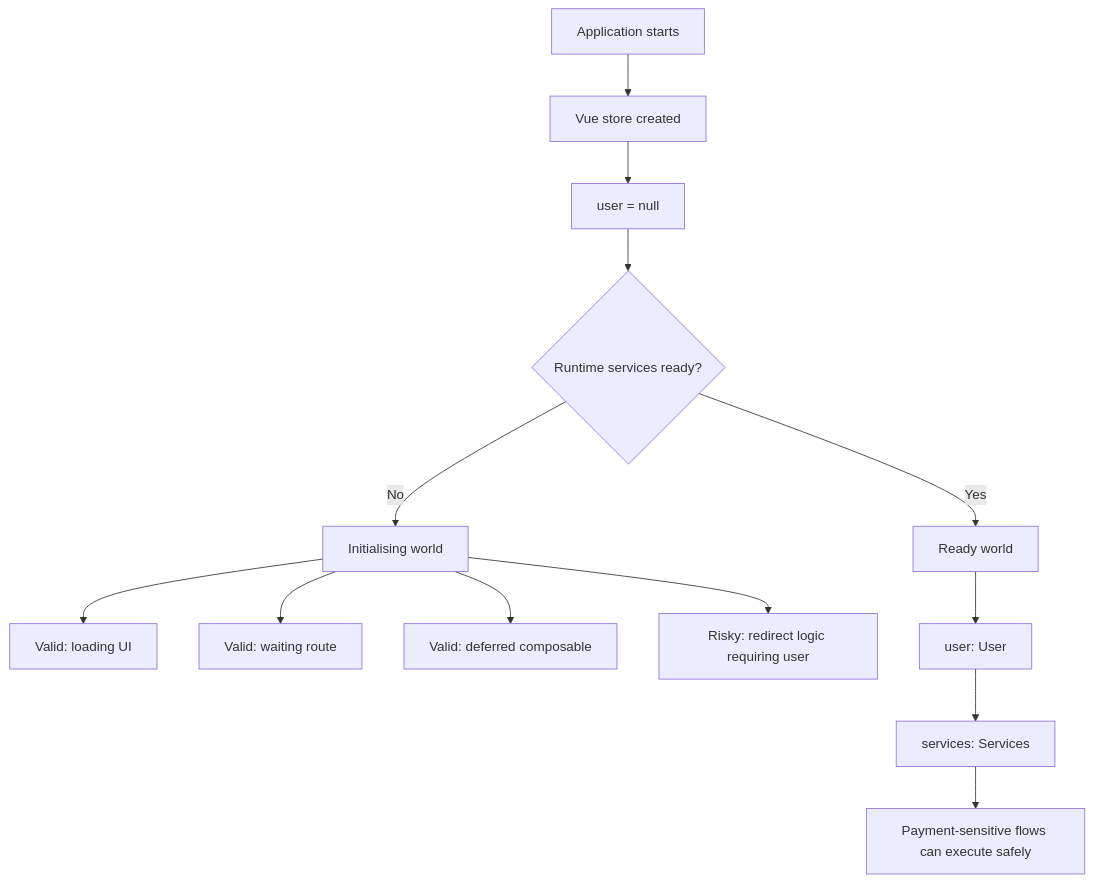
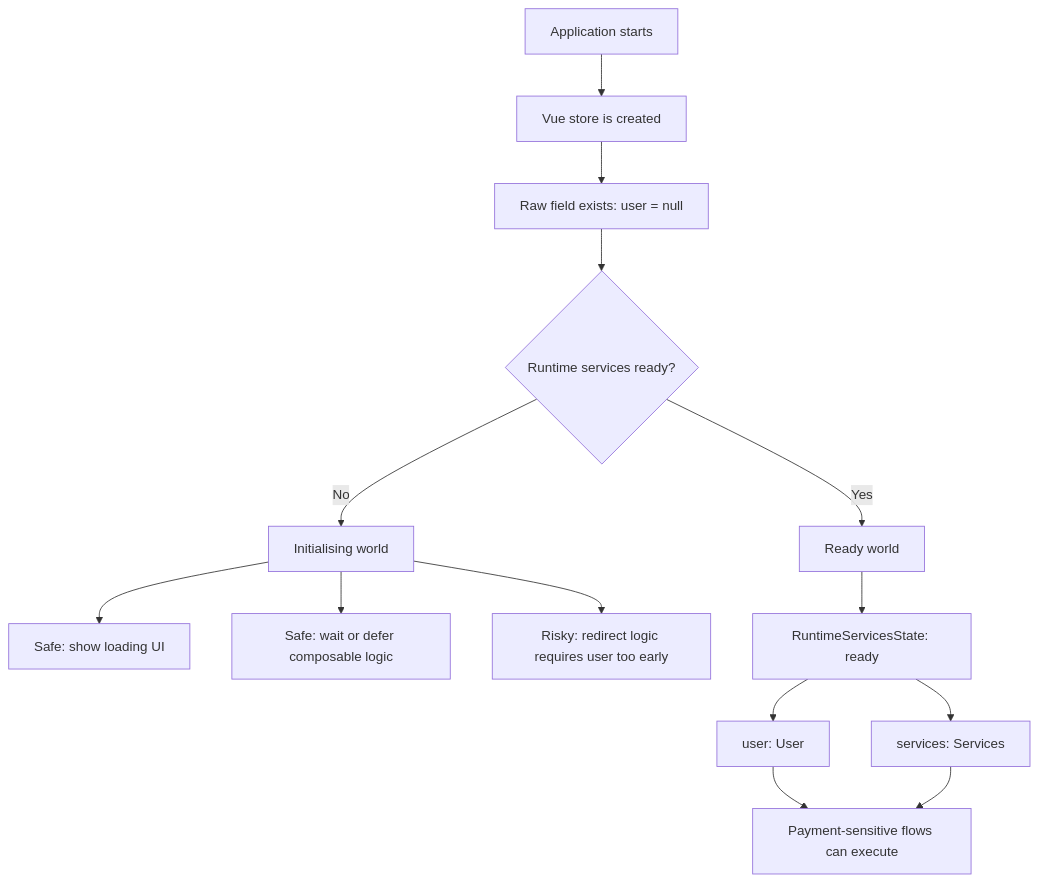
The diagram in content/posts/the-initialisation-trap-in-typescript.md (EduardoAC/eduardo-cv-frontend-web), drawn with Mermaid before and after one commit. The commit also changed other lines of this file, not shown here.

Commit message:
Polish charts

````diff
--- a/content/posts/the-initialisation-trap-in-typescript.md
+++ b/content/posts/the-initialisation-trap-in-typescript.md
@@ -80,17 +78,18 @@
 ```mermaid
 flowchart TD
-  A[Application starts] --> B[Vue store created]
-  B --> C[user = null]
+  A[Application starts] --> B[Vue store is created]
+  B --> C[Raw field exists: user = null]
   C --> D{Runtime services ready?}
 
   D -- No --> E[Initialising world]
-  E --> F[Valid: loading UI]
-  E --> G[Valid: waiting route]
-  E --> H[Valid: deferred composable]
-  E --> I[Risky: redirect logic requiring user]
+  E --> F[Safe: show loading UI]
+  E --> G[Safe: wait or defer composable logic]
+  E --> H[Risky: redirect logic requires user too early]
 
-  D -- Yes --> J[Ready world]
+  D -- Yes --> I[Ready world]
+  I --> J[RuntimeServicesState: ready]
   J --> K[user: User]
-  K --> L[services: Services]
-  L --> M[Payment-sensitive flows can execute safely]
+  J --> L[services: Services]
+  K --> M[Payment-sensitive flows can execute]
+  L --> M
 ```
````
